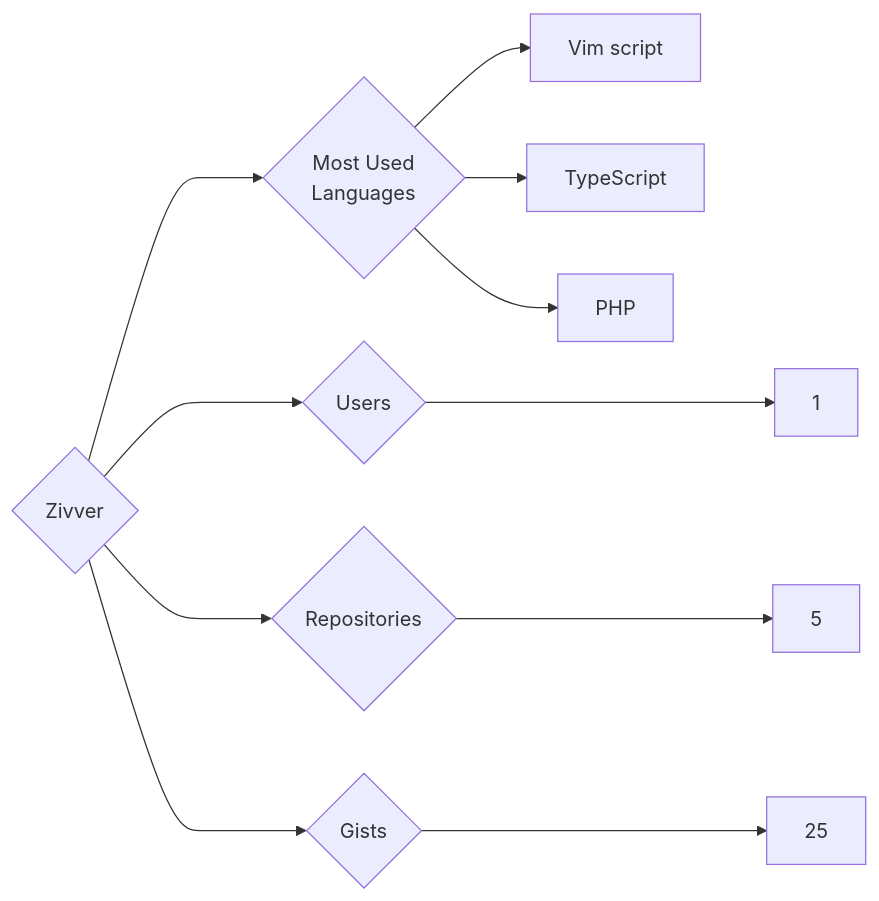
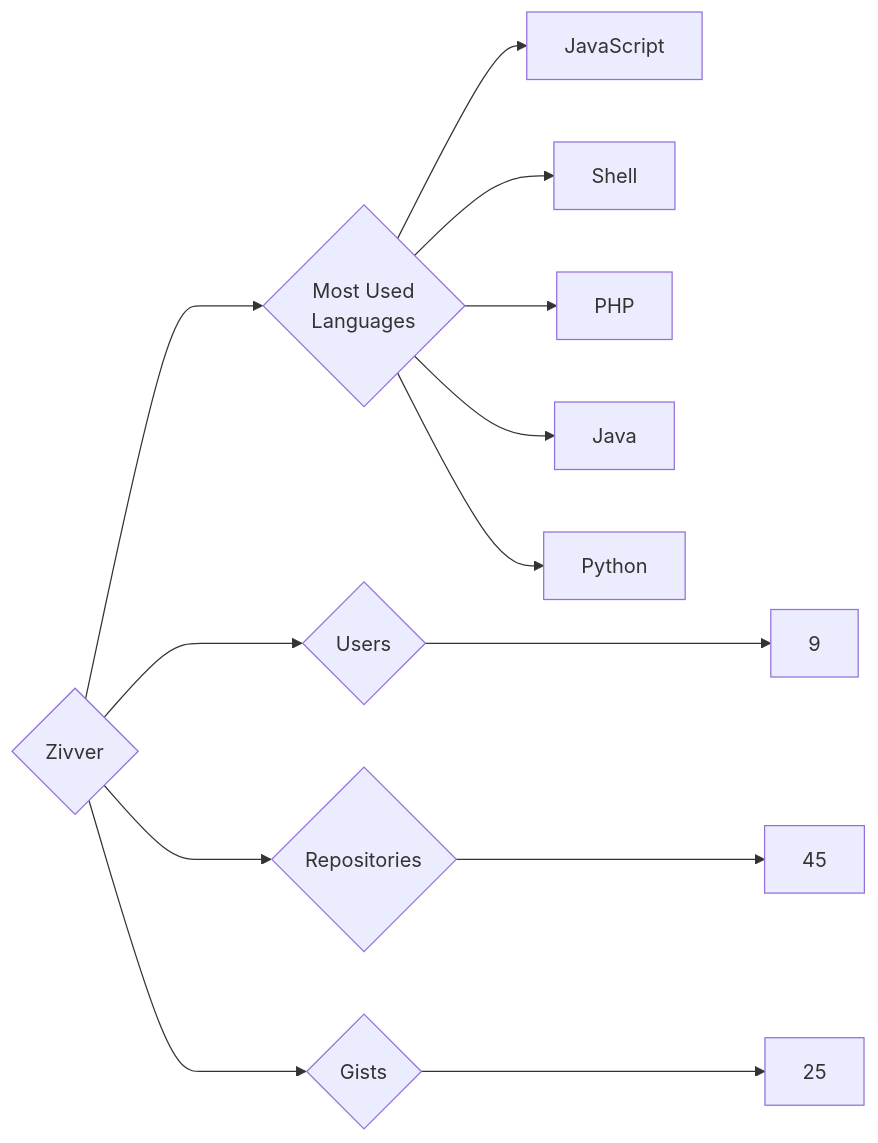
The diagram in targets/Zivver/README.md (trickest/insiders), drawn with Mermaid before and after one commit. The commit also changed 833 other files, not shown here.

````diff
--- a/targets/Zivver/README.md
+++ b/targets/Zivver/README.md
@@ -3,11 +3,13 @@
 ```mermaid
 graph LR
 COMPANY_NAME{Zivver}
-COMPANY_NAME ---> U{Users} ---> UN[1]
-COMPANY_NAME ---> R{Repositories} ---> RN[5]
+COMPANY_NAME ---> U{Users} ---> UN[9]
+COMPANY_NAME ---> R{Repositories} ---> RN[45]
 COMPANY_NAME ---> G{Gists} ---> GN[25]
 COMPANY_NAME ---> ML{Most Used<br>Languages}
-ML --> Vim_script[Vim script]
-ML --> TypeScript[TypeScript]
+ML --> JavaScript[JavaScript]
+ML --> Shell[Shell]
 ML --> PHP[PHP]
+ML --> Java[Java]
+ML --> Python[Python]
 ```
````
